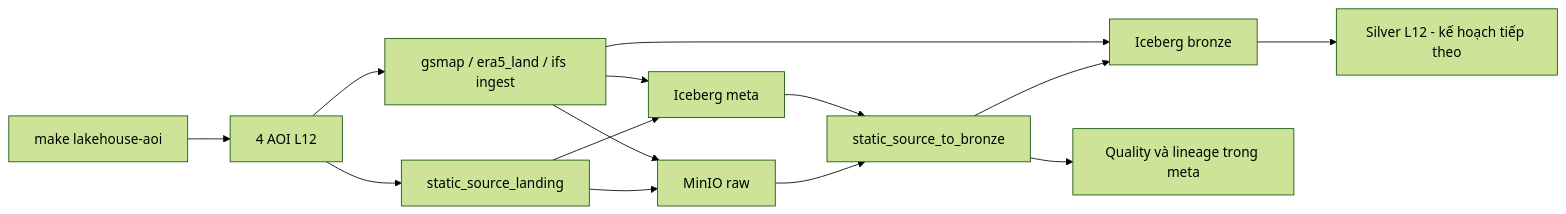
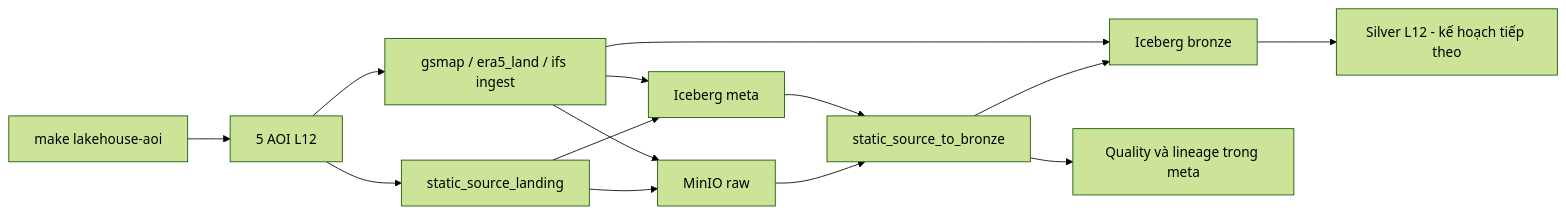
The first of 2 diagrams in README.md (cloud-vmih/flood-lake-kg), drawn with Mermaid (forest theme) before and after one commit. The commit also changed other lines of this file and 5 other files, not shown here.

````diff
--- a/README.md
+++ b/README.md
@@ -9,16 +9,16 @@
 ```mermaid
 flowchart LR
-    A[make lakehouse-aoi] --> B[4 AOI L12]
+    A[make lakehouse-aoi] --> B[5 AOI L12]
     B --> C[static_source_landing]
     C --> D[MinIO raw]
     C --> E[Iceberg meta]
     D --> F[static_source_to_bronze]
     E --> F
     F --> G[Iceberg bronze]
     F --> H[Quality và lineage trong meta]
     G --> I[Silver L12 - kế hoạch tiếp theo]
     B --> W[gsmap / era5_land / ifs ingest]
     W --> D
     W --> E
     W --> G
 ```
````
